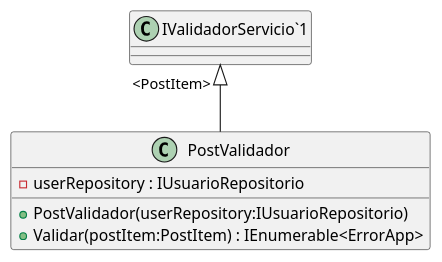
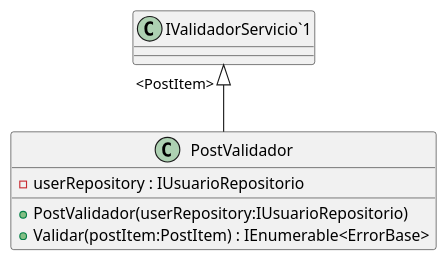
The diagram in BackEnd/App.Core/Servicios/Validadores/PostValidador.puml (wkrea/BlogPost-appdemo), drawn with PlantUML before and after one commit. The commit also changed 23 other files, not shown here.

```diff
--- a/BackEnd/App.Core/Servicios/Validadores/PostValidador.puml
+++ b/BackEnd/App.Core/Servicios/Validadores/PostValidador.puml
@@ -1,8 +1,8 @@
 @startuml
 class PostValidador {
     - userRepository : IUsuarioRepositorio
     + PostValidador(userRepository:IUsuarioRepositorio)
-    + Validar(postItem:PostItem) : IEnumerable<ErrorApp>
+    + Validar(postItem:PostItem) : IEnumerable<ErrorBase>
 }
 "IValidadorServicio`1" "<PostItem>" <|-- PostValidador
 @enduml
```
